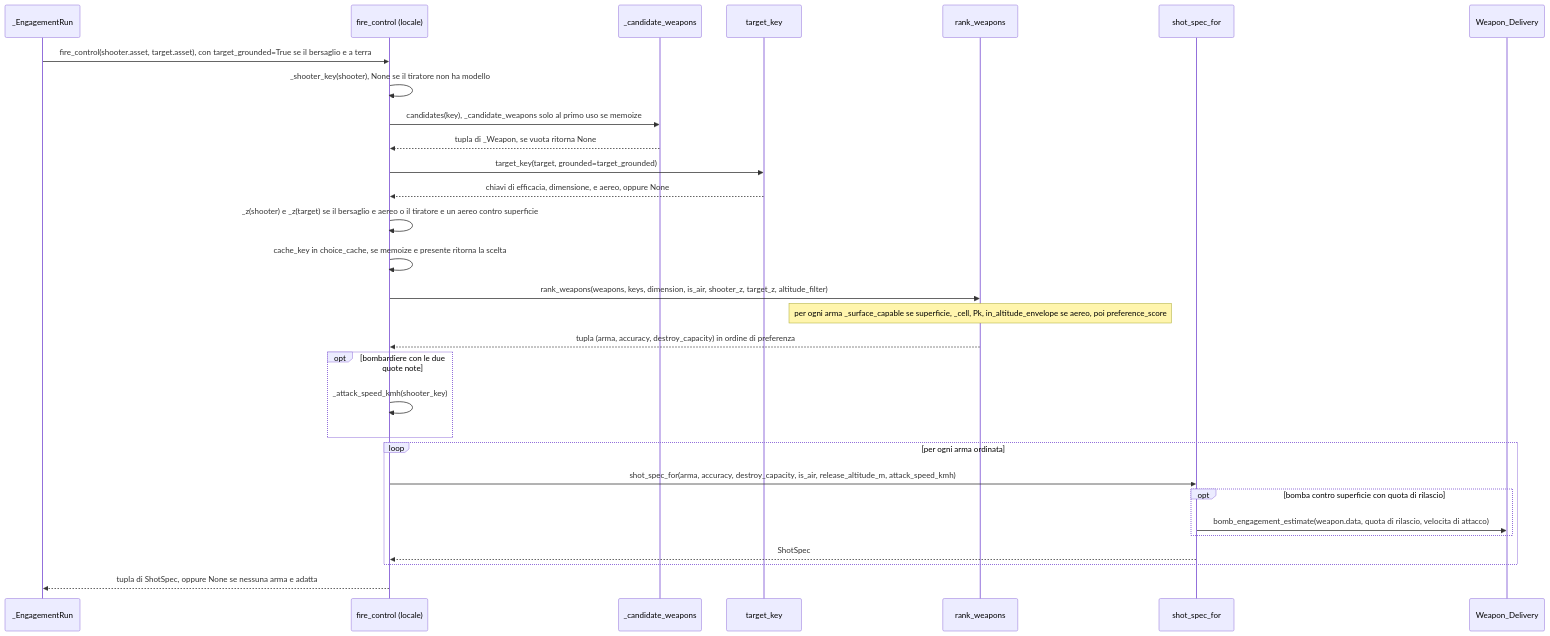
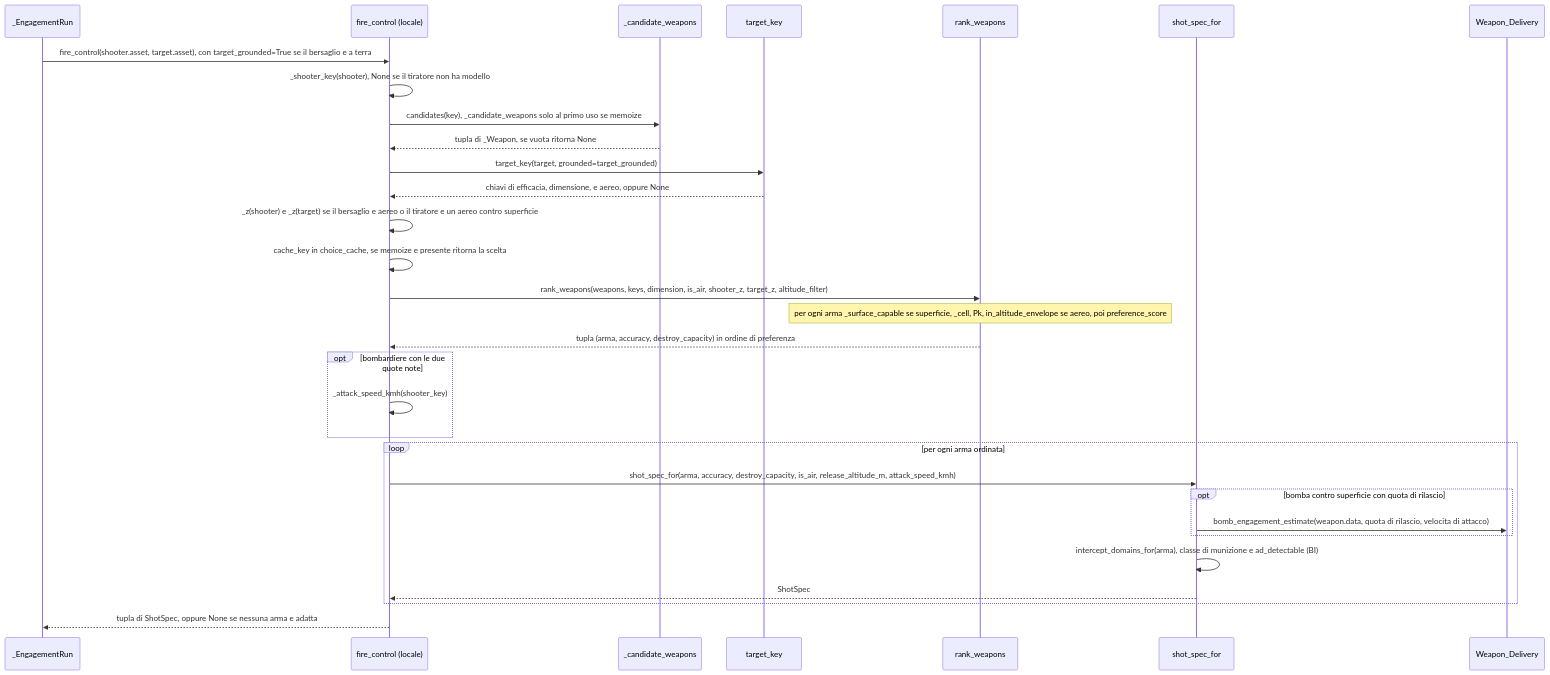
The seventh of 21 diagrams in Analysis/Document/Manuale_Motore_DES/11a_Atlante_Risolutore.md (MakusIV/Warfare-Model), drawn with Mermaid before and after one commit. The commit also changed other lines of this file and 6 other files, not shown here.

````diff
--- a/Analysis/Document/Manuale_Motore_DES/11a_Atlante_Risolutore.md
+++ b/Analysis/Document/Manuale_Motore_DES/11a_Atlante_Risolutore.md
@@ -454,32 +455,33 @@
 ```mermaid
 sequenceDiagram
     participant RUN as _EngagementRun
     participant FCL as fire_control (locale)
     participant CAN as _candidate_weapons
     participant TK as target_key
     participant RK as rank_weapons
     participant SP as shot_spec_for
     participant WD as Weapon_Delivery
     RUN->>FCL: fire_control(shooter.asset, target.asset), con target_grounded=True se il bersaglio e a terra
     FCL->>FCL: _shooter_key(shooter), None se il tiratore non ha modello
     FCL->>CAN: candidates(key), _candidate_weapons solo al primo uso se memoize
     CAN-->>FCL: tupla di _Weapon, se vuota ritorna None
     FCL->>TK: target_key(target, grounded=target_grounded)
     TK-->>FCL: chiavi di efficacia, dimensione, e aereo, oppure None
     FCL->>FCL: _z(shooter) e _z(target) se il bersaglio e aereo o il tiratore e un aereo contro superficie
     FCL->>FCL: cache_key in choice_cache, se memoize e presente ritorna la scelta
     FCL->>RK: rank_weapons(weapons, keys, dimension, is_air, shooter_z, target_z, altitude_filter)
     Note over RK: per ogni arma _surface_capable se superficie, _cell, Pk, in_altitude_envelope se aereo, poi preference_score
     RK-->>FCL: tupla (arma, accuracy, destroy_capacity) in ordine di preferenza
     opt bombardiere con le due quote note
         FCL->>FCL: _attack_speed_kmh(shooter_key)
     end
     loop per ogni arma ordinata
         FCL->>SP: shot_spec_for(arma, accuracy, destroy_capacity, is_air, release_altitude_m, attack_speed_kmh)
         opt bomba contro superficie con quota di rilascio
             SP->>WD: bomb_engagement_estimate(weapon.data, quota di rilascio, velocita di attacco)
         end
+        SP->>SP: intercept_domains_for(arma), classe di munizione e ad_detectable (BI)
         SP-->>FCL: ShotSpec
     end
     FCL-->>RUN: tupla di ShotSpec, oppure None se nessuna arma e adatta
 ```
````
